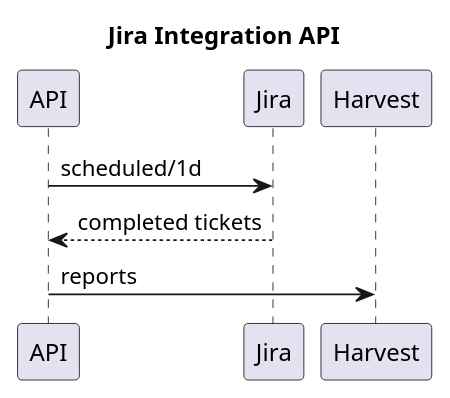
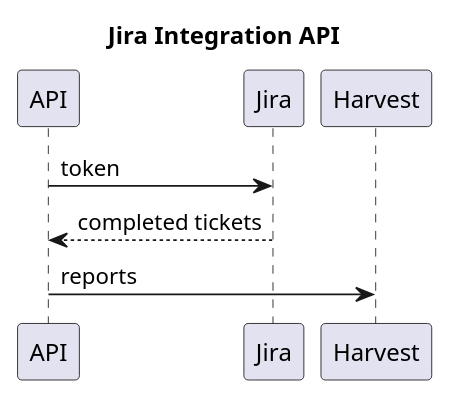
One commit to dukris/tickets-sync changed the diagram in diagrams/sequence.puml. Above: the diagram before and after it, drawn with PlantUML.

Commit message:
Token added

```diff
--- a/diagrams/sequence.puml
+++ b/diagrams/sequence.puml
@@ -1,6 +1,6 @@
 @startuml
 title Jira Integration API
-API -> Jira: scheduled/1d
+API -> Jira: token
 Jira--> API: completed tickets
 API -> Harvest: reports
 @enduml
```
